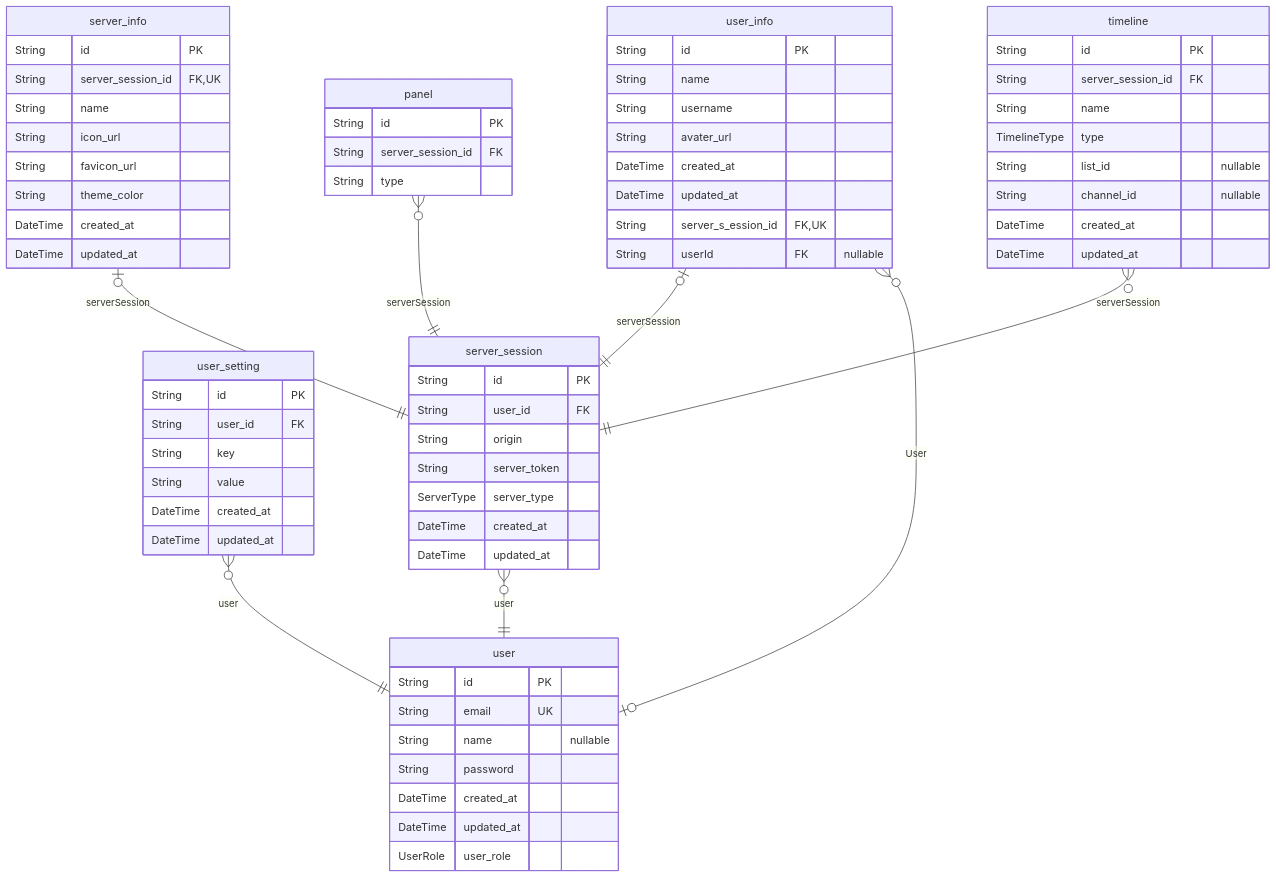
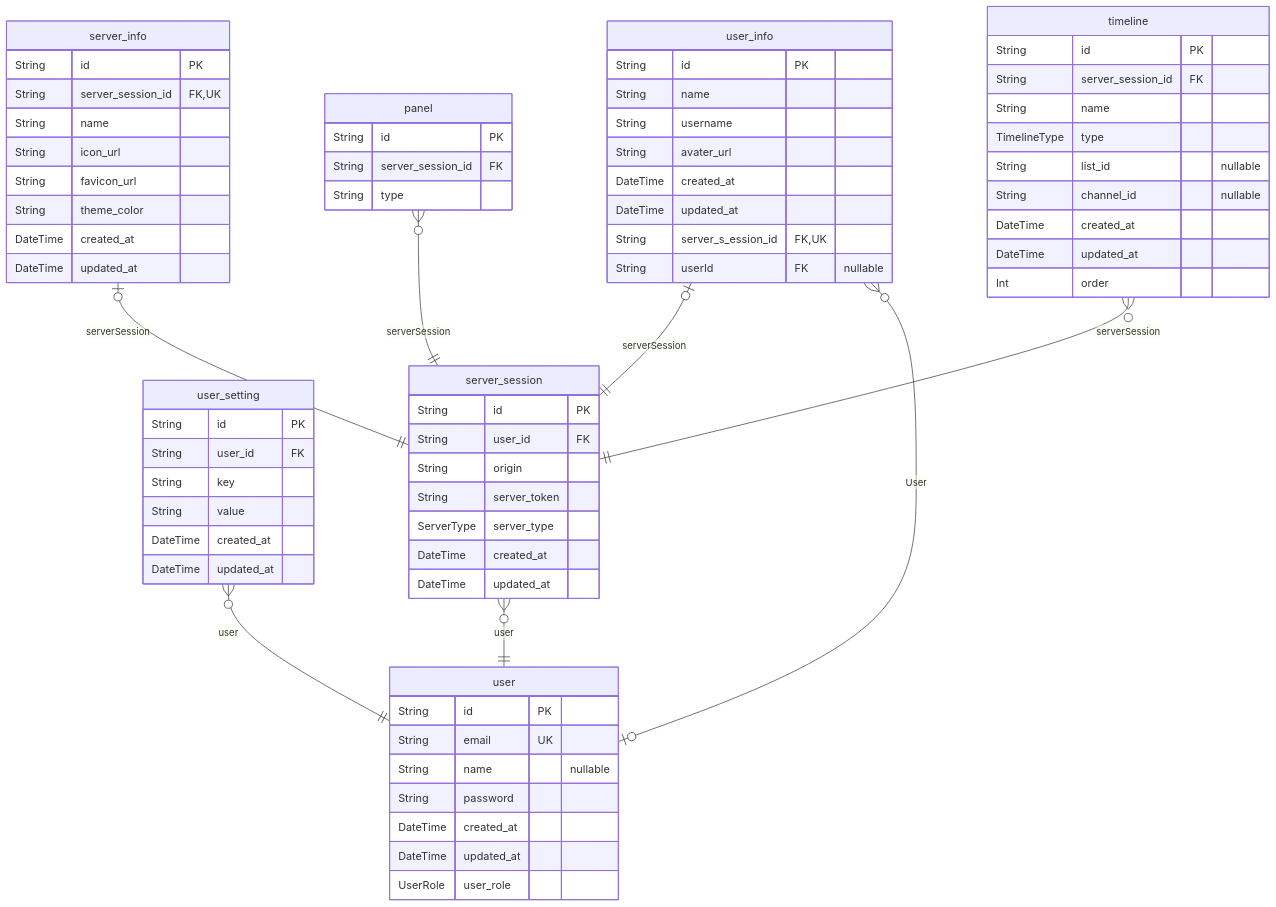
One commit to mochi-sann/mi-deck changed the diagram in apps/server/prisma/ERD.md. Above: the diagram before and after it, drawn with Mermaid. The commit also changed other lines of this file and 13 other files, not shown here.

````diff
--- a/apps/server/prisma/ERD.md
+++ b/apps/server/prisma/ERD.md
@@ -7,71 +7,72 @@
 ```mermaid
 erDiagram
 "user" {
   String id PK
   String email UK
   String name "nullable"
   String password
   DateTime created_at
   DateTime updated_at
   UserRole user_role
 }
 "user_setting" {
   String id PK
   String user_id FK
   String key
   String value
   DateTime created_at
   DateTime updated_at
 }
 "server_session" {
   String id PK
   String user_id FK
   String origin
   String server_token
   ServerType server_type
   DateTime created_at
   DateTime updated_at
 }
 "server_info" {
   String id PK
   String server_session_id FK,UK
   String name
   String icon_url
   String favicon_url
   String theme_color
   DateTime created_at
   DateTime updated_at
 }
 "user_info" {
   String id PK
   String name
   String username
   String avater_url
   DateTime created_at
   DateTime updated_at
   String server_s_ession_id FK,UK
   String userId FK "nullable"
 }
 "panel" {
   String id PK
   String server_session_id FK
   String type
 }
 "timeline" {
   String id PK
   String server_session_id FK
   String name
   TimelineType type
   String list_id "nullable"
   String channel_id "nullable"
   DateTime created_at
   DateTime updated_at
+  Int order
 }
 "user_setting" }o--|| "user" : user
 "server_session" }o--|| "user" : user
 "server_info" |o--|| "server_session" : serverSession
 "user_info" |o--|| "server_session" : serverSession
 "user_info" }o--o| "user" : User
 "panel" }o--|| "server_session" : serverSession
 "timeline" }o--|| "server_session" : serverSession
 ```
````
